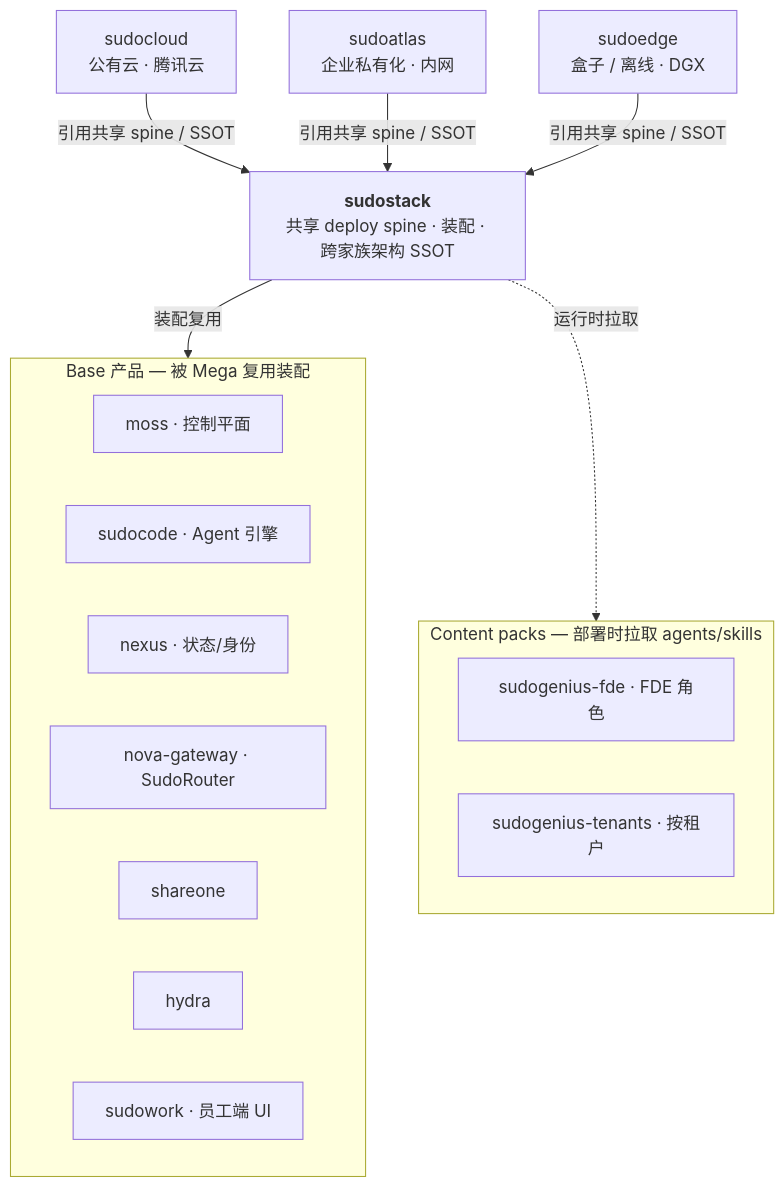
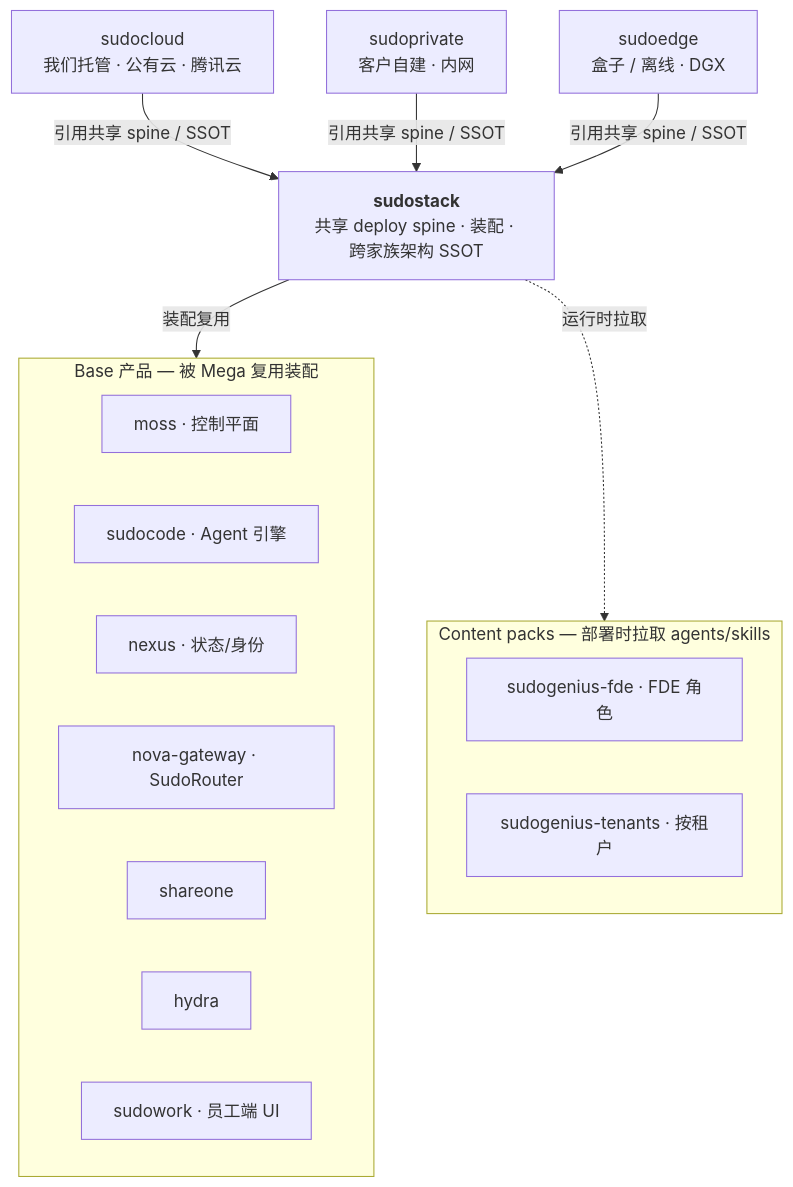
Before and after one commit to sudoprivacy/sudostack: the first of 2 diagrams in README.md, drawn with Mermaid. The commit also changed other lines of this file and 3 other files, not shown here.

First line of the commit message:
docs: Atlas names the platform; cloud/private/edge/local name the hosting form

````diff
--- a/README.md
+++ b/README.md
@@ -20,31 +36,31 @@
 ```mermaid
 flowchart TB
-  CLOUD["sudocloud<br/>公有云 · 腾讯云"]
-  ATLAS["sudoatlas<br/>企业私有化 · 内网"]
+  CLOUD["sudocloud<br/>我们托管 · 公有云 · 腾讯云"]
+  PRIVATE["sudoprivate<br/>客户自建 · 内网"]
   EDGE["sudoedge<br/>盒子 / 离线 · DGX"]
 
   STACK["<b>sudostack</b><br/>共享 deploy spine · 装配 · 跨家族架构 SSOT"]
 
   subgraph BASE["Base 产品 — 被 Mega 复用装配"]
     direction LR
     MOSS["moss · 控制平面"]
     SCODE["sudocode · Agent 引擎"]
     NEXUS["nexus · 状态/身份"]
     ROUTER["nova-gateway · SudoRouter"]
     SHARE["shareone"]
     HYDRA["hydra"]
     SW["sudowork · 员工端 UI"]
   end
 
   subgraph PACKS["Content packs — 部署时拉取 agents/skills"]
     direction LR
     FDE["sudogenius-fde · FDE 角色"]
     TEN["sudogenius-tenants · 按租户"]
   end
 
   CLOUD -->|引用共享 spine / SSOT| STACK
-  ATLAS -->|引用共享 spine / SSOT| STACK
+  PRIVATE -->|引用共享 spine / SSOT| STACK
   EDGE -->|引用共享 spine / SSOT| STACK
   STACK -->|装配复用| BASE
   STACK -.->|运行时拉取| PACKS
 ```
````
